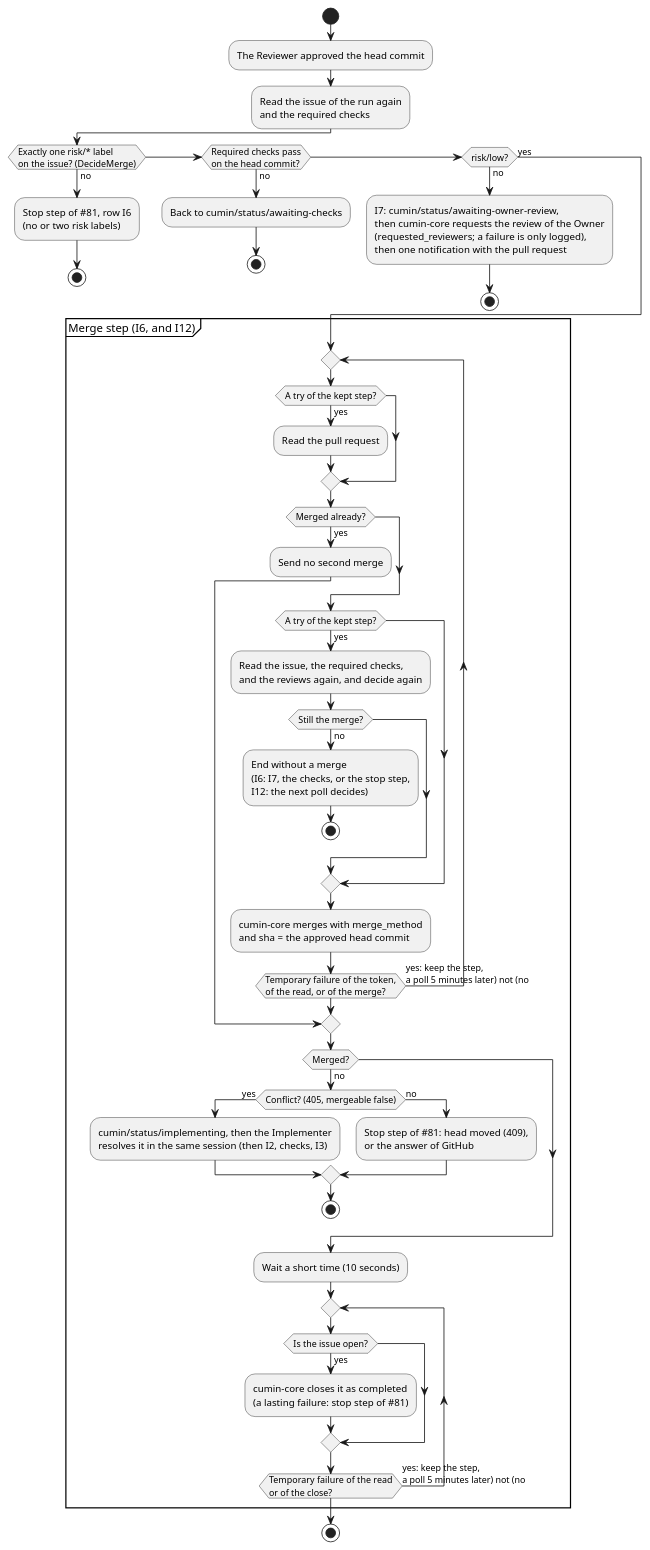
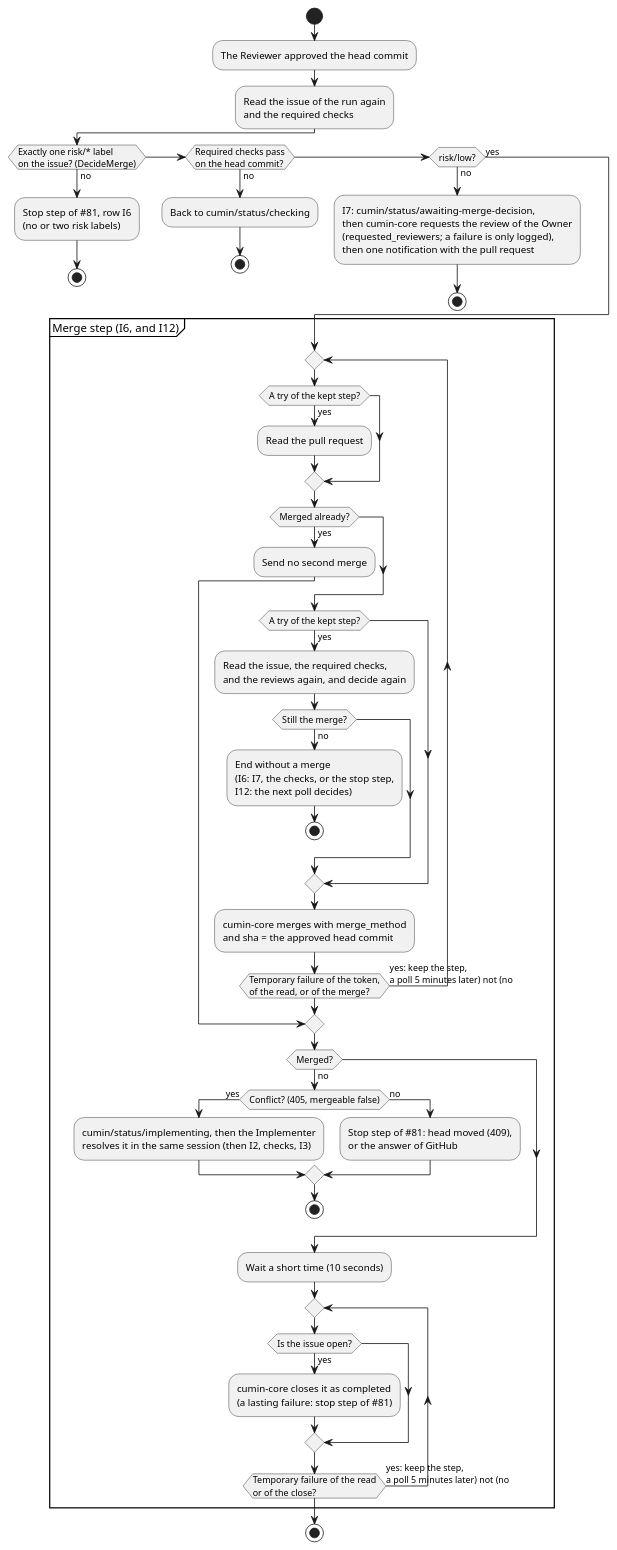
Before and after one commit to cloveclovedev/cumin-works: the diagram in docs/ja/designs/poll-merge.puml, drawn with PlantUML. The commit also changed 56 other files, not shown here.

```diff
--- a/docs/ja/designs/poll-merge.puml
+++ b/docs/ja/designs/poll-merge.puml
@@ -1,74 +1,74 @@
 @startuml poll-merge
 ' cumin works - the approved pull request (I6, I7) and the merge step that I12 reuses.
 ' Document: poll.md, section on the merge step.
 ' Render: run scripts/render-diagrams.sh at the root of the repository.
 skinparam shadowing false
 skinparam defaultFontName sans-serif
 
 start
 :The Reviewer approved the head commit;
 :Read the issue of the run again
 and the required checks;
 if (Exactly one risk/* label
 on the issue? (DecideMerge)) then (no)
   :Stop step of #81, row I6
   (no or two risk labels);
   stop
 elseif (Required checks pass
 on the head commit?) then (no)
-  :Back to cumin/status/awaiting-checks;
+  :Back to cumin/status/checking;
   stop
 elseif (risk/low?) then (no)
-  :I7: cumin/status/awaiting-owner-review,
+  :I7: cumin/status/awaiting-merge-decision,
   then cumin-core requests the review of the Owner
   (requested_reviewers; a failure is only logged),
   then one notification with the pull request;
   stop
 else (yes)
 endif
 partition "Merge step (I6, and I12)" {
   repeat
     if (A try of the kept step?) then (yes)
       :Read the pull request;
     endif
     if (Merged already?) then (yes)
       :Send no second merge;
       break
     endif
     if (A try of the kept step?) then (yes)
       :Read the issue, the required checks,
       and the reviews again, and decide again;
       if (Still the merge?) then (no)
         :End without a merge
         (I6: I7, the checks, or the stop step,
         I12: the next poll decides);
         stop
       endif
     endif
     :cumin-core merges with merge_method
     and sha = the approved head commit;
   repeat while (Temporary failure of the token,
 of the read, or of the merge?) is (yes: keep the step,
 a poll 5 minutes later) not (no)
   if (Merged?) then (no)
     if (Conflict? (405, mergeable false)) then (yes)
       :cumin/status/implementing, then the Implementer
       resolves it in the same session (then I2, checks, I3);
     else (no)
       :Stop step of #81: head moved (409),
       or the answer of GitHub;
     endif
     stop
   endif
   :Wait a short time (10 seconds);
   repeat
     if (Is the issue open?) then (yes)
       :cumin-core closes it as completed
       (a lasting failure: stop step of #81);
     endif
   repeat while (Temporary failure of the read
 or of the close?) is (yes: keep the step,
 a poll 5 minutes later) not (no)
 }
 stop
 @enduml
```
